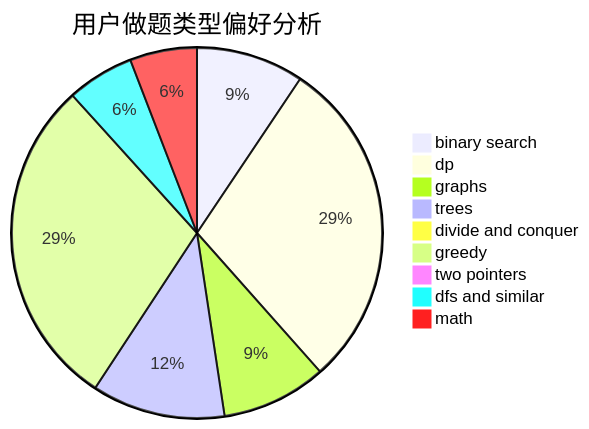
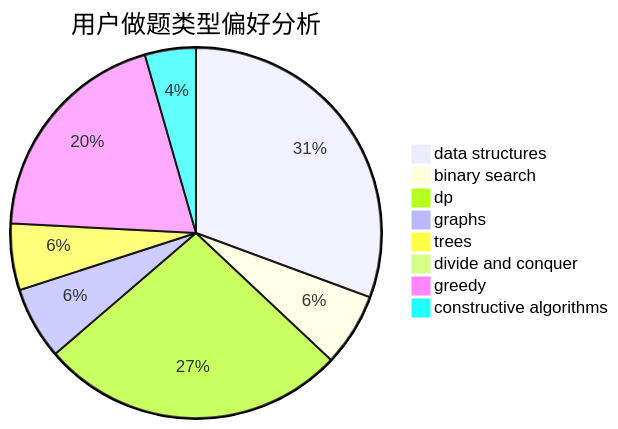
Before and after one commit to sherpahu/cfrs.github.io: the second of 3 diagrams in docs/user/u666.md, drawn with Mermaid. The commit also changed other lines of this file and 2775 other files, not shown here.

````diff
--- a/docs/user/u666.md
+++ b/docs/user/u666.md
@@ -23,12 +23,11 @@
 ```mermaid
 pie title 用户做题类型偏好分析
-    "binary search" :  130
-    "dp" :  402
-    "graphs" :  127
-    "trees" :  161
+    "data structures" :  427
+    "binary search" :  89
+    "dp" :  372
+    "graphs" :  88
+    "trees" :  81
     "divide and conquer" :  1
-    "greedy" :  402
-    "two pointers" :  4
-    "dfs and similar" :  81
-    "math" :  81
+    "greedy" :  275
+    "constructive algorithms" :  62
 ```
````
